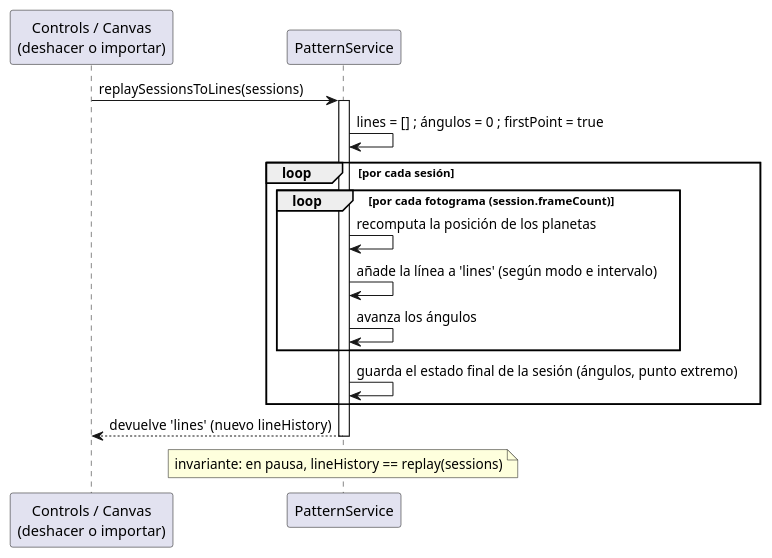
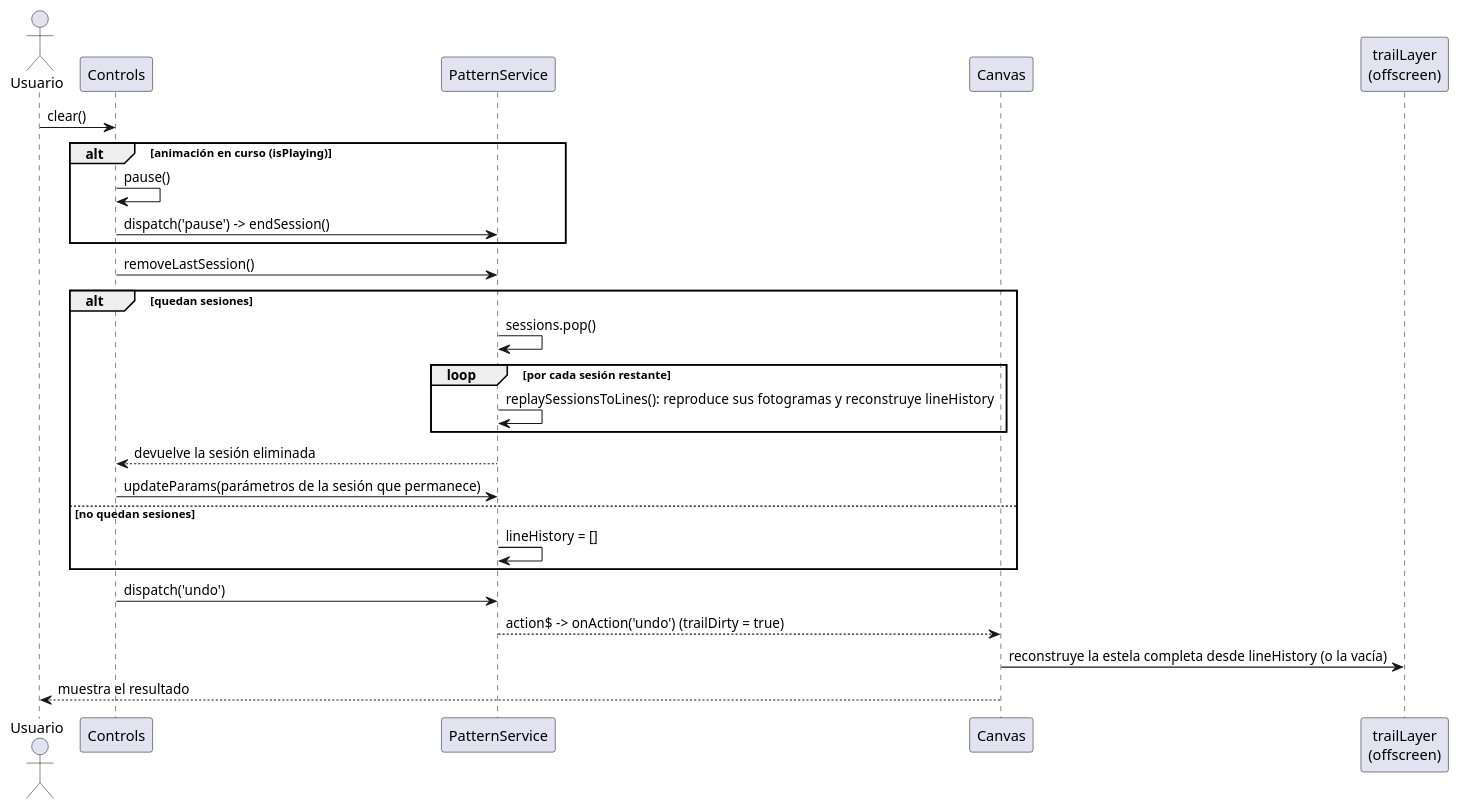
Before and after one commit to IgnacioMol/Epicycloid_generator: the second of 3 diagrams in claude/memoria-cap5-diseno.md, drawn with PlantUML. The commit also changed other lines of this file and 1 other file, not shown here.

````diff
--- a/claude/memoria-cap5-diseno.md
+++ b/claude/memoria-cap5-diseno.md
@@ -164,21 +129,34 @@
 ```plantuml
-@startuml SecReconstruccionHistorial
-participant "Controls / Canvas\n(deshacer o importar)" as C
+@startuml SecDeshacerSesion
+actor Usuario
+participant "Controls" as C
 participant "PatternService" as PS
+participant "Canvas" as CV
+participant "trailLayer\n(offscreen)" as TL
 
-C -> PS : replaySessionsToLines(sessions)
-activate PS
-PS -> PS : lines = [] ; ángulos = 0 ; firstPoint = true
-loop por cada sesión
-  loop por cada fotograma (session.frameCount)
-    PS -> PS : recomputa la posición de los planetas
-    PS -> PS : añade la línea a 'lines' (según modo e intervalo)
-    PS -> PS : avanza los ángulos
+Usuario -> C : clear()
+
+alt animación en curso (isPlaying)
+  C -> C : pause()
+  C -> PS : dispatch('pause') -> endSession()
+end
+
+C -> PS : removeLastSession()
+
+alt quedan sesiones
+  PS -> PS : sessions.pop()
+  loop por cada sesión restante
+    PS -> PS : replaySessionsToLines(): reproduce sus fotogramas y reconstruye lineHistory
   end
-  PS -> PS : guarda el estado final de la sesión (ángulos, punto extremo)
+  PS --> C : devuelve la sesión eliminada
+  C -> PS : updateParams(parámetros de la sesión que permanece)
+else no quedan sesiones
+  PS -> PS : lineHistory = []
 end
-PS --> C : devuelve 'lines'  (nuevo lineHistory)
-deactivate PS
-note over PS : invariante: en pausa, lineHistory == replay(sessions)
+
+C -> PS : dispatch('undo')
+PS --> CV : action$ -> onAction('undo') (trailDirty = true)
+CV -> TL : reconstruye la estela completa desde lineHistory (o la vacía)
+CV --> Usuario : muestra el resultado
 @enduml
 ```
````
